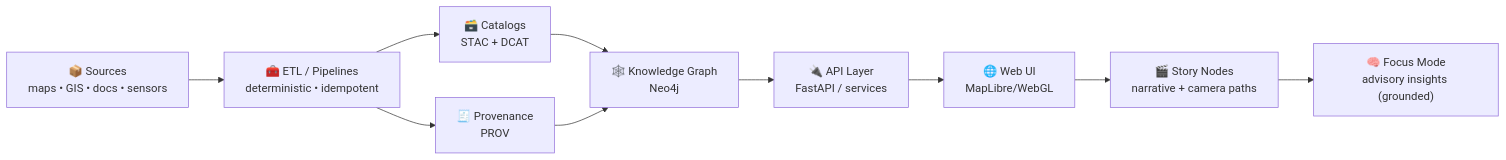
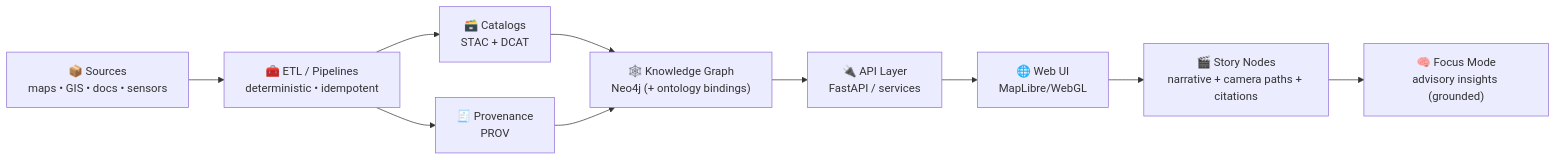
The first of 3 diagrams in .github/README.md (bartytime4life/Kansas-Frontier-Matrix), drawn with Mermaid before and after one commit. The commit also changed other lines of this file, not shown here.

````diff
--- a/.github/README.md
+++ b/.github/README.md
@@ -98,12 +109,12 @@
 ```mermaid
 flowchart LR
   A["📦 Sources<br/>maps • GIS • docs • sensors"] --> B["🧰 ETL / Pipelines<br/>deterministic • idempotent"]
   B --> C["🗃️ Catalogs<br/>STAC + DCAT"]
   B --> D["🧾 Provenance<br/>PROV"]
-  C --> E["🕸️ Knowledge Graph<br/>Neo4j"]
+  C --> E["🕸️ Knowledge Graph<br/>Neo4j (+ ontology bindings)"]
   D --> E
   E --> F["🔌 API Layer<br/>FastAPI / services"]
   F --> G["🌐 Web UI<br/>MapLibre/WebGL"]
-  G --> H["🎬 Story Nodes<br/>narrative + camera paths"]
+  G --> H["🎬 Story Nodes<br/>narrative + camera paths + citations"]
   H --> I["🧠 Focus Mode<br/>advisory insights (grounded)"]
 ```
````
